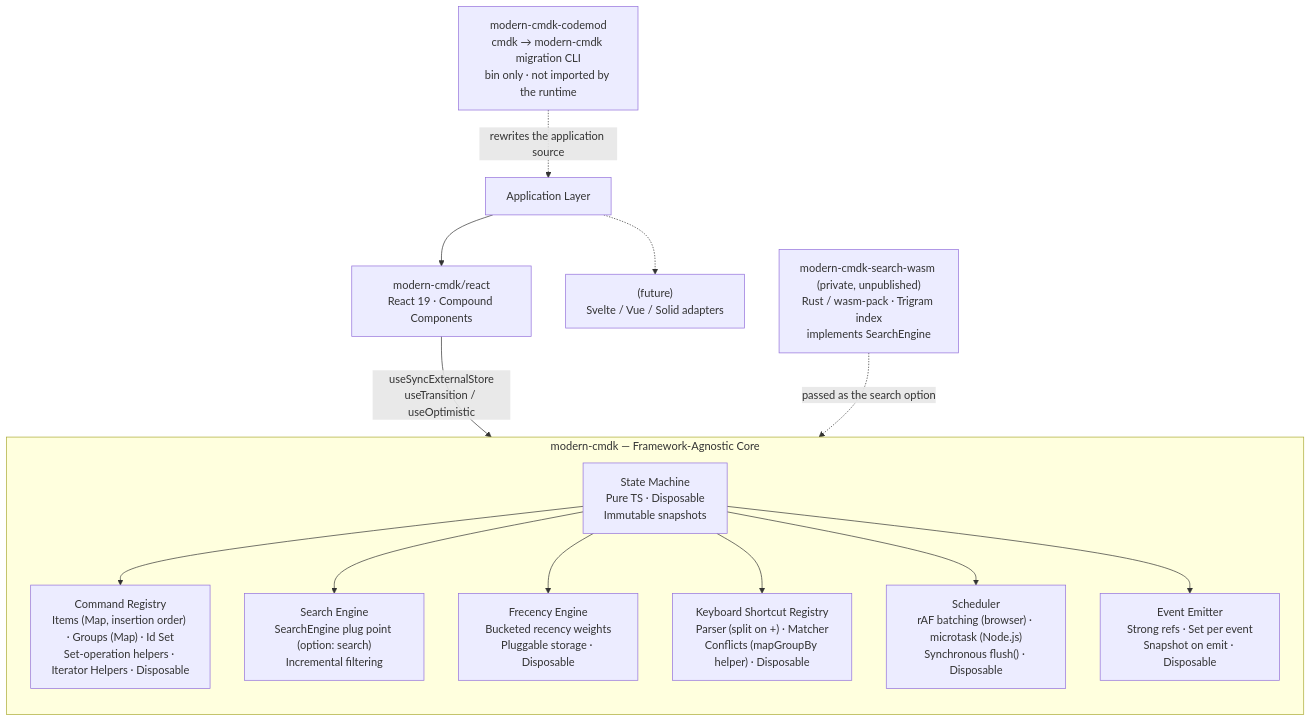
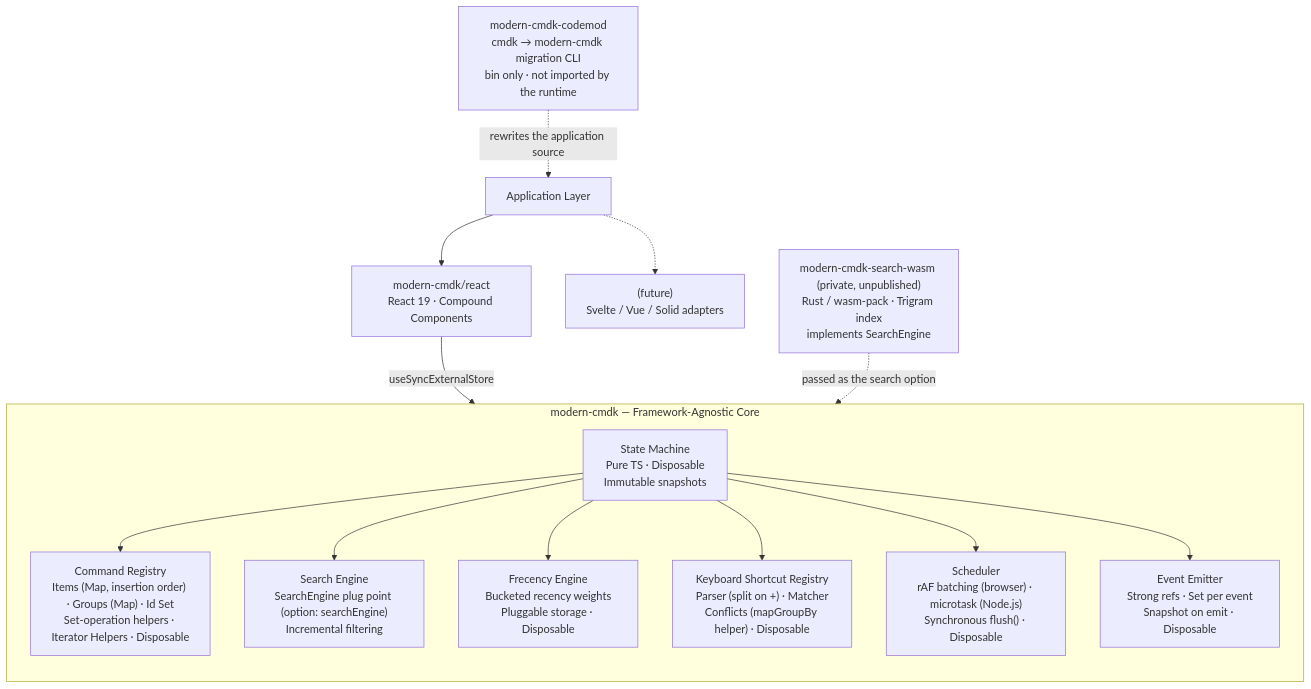
The first of 5 diagrams in ARCHITECTURE.md (ABCrimson/modern-cmdk), drawn with Mermaid before and after one commit. The commit also changed other lines of this file, not shown here.

Commit message:
docs(architecture): CE-92, G-56, G-57: telemetry, searchEngine, suspend/resume/refresh, the pure Command, one List tree and no useTransition or optimistic path

````diff
--- a/ARCHITECTURE.md
+++ b/ARCHITECTURE.md
@@ -46,33 +46,33 @@
 ```mermaid
 flowchart TB
     App["Application Layer"]
 
     React["modern-cmdk/react<br/>React 19 · Compound Components"]
     Codemod["modern-cmdk-codemod<br/>cmdk → modern-cmdk migration CLI<br/>bin only · not imported by the runtime"]
     Future["(future)<br/>Svelte / Vue / Solid adapters"]
 
     subgraph core ["modern-cmdk — Framework-Agnostic Core"]
         direction TB
         SM["State Machine<br/>Pure TS · Disposable<br/>Immutable snapshots"]
-        SE["Search Engine<br/>SearchEngine plug point (option: search)<br/>Incremental filtering"]
+        SE["Search Engine<br/>SearchEngine plug point (option: searchEngine)<br/>Incremental filtering"]
         FE["Frecency Engine<br/>Bucketed recency weights<br/>Pluggable storage · Disposable"]
         REG["Command Registry<br/>Items (Map, insertion order) · Groups (Map) · Id Set<br/>Set-operation helpers · Iterator Helpers · Disposable"]
         KB["Keyboard Shortcut Registry<br/>Parser (split on +) · Matcher<br/>Conflicts (mapGroupBy helper) · Disposable"]
         SCH["Scheduler<br/>rAF batching (browser) · microtask (Node.js)<br/>Synchronous flush() · Disposable"]
         EM["Event Emitter<br/>Strong refs · Set per event<br/>Snapshot on emit · Disposable"]
         SM --> REG
         SM --> SE
         SM --> FE
         SM --> KB
         SM --> SCH
         SM --> EM
     end
 
     WASM["modern-cmdk-search-wasm (private, unpublished)<br/>Rust / wasm-pack · Trigram index<br/>implements SearchEngine"]
 
     App --> React
     App -.-> Future
     Codemod -.->|"rewrites the application source"| App
-    React -->|"useSyncExternalStore<br/>useTransition / useOptimistic"| core
+    React -->|"useSyncExternalStore"| core
     WASM -.->|"passed as the search option"| core
 ```
````
